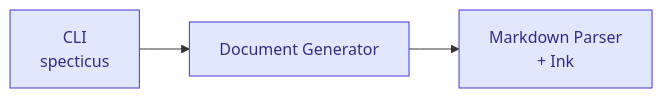
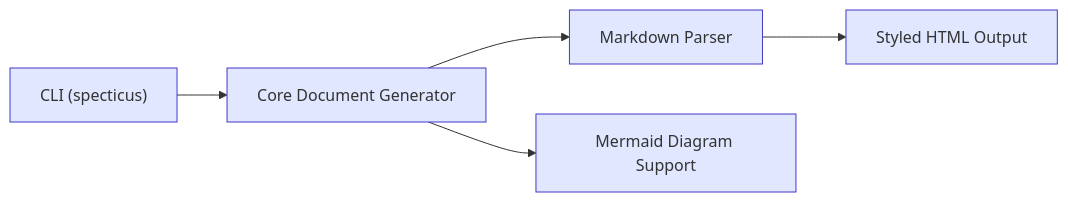
The diagram in Sources/specticus/Resources/Skeleton/diagrams/component-diagram.mmd (jacobmbarnard/specticus), drawn with Mermaid before and after one commit. The commit also changed 36 other files, not shown here.

First line of the commit message:
feat: improve init templates with richer Markdown sections + Mermaid diagrams (issue #16)

```diff
--- a/Sources/specticus/Resources/Skeleton/diagrams/component-diagram.mmd
+++ b/Sources/specticus/Resources/Skeleton/diagrams/component-diagram.mmd
@@ -1,9 +1,10 @@
-%% Mermaid diagram (component level)
-%% https://mermaid.js.org
+%% Mermaid Component Diagram for {{PROJECT_NAME}}
 
 flowchart LR
-    CLI[CLI<br/>specticus] --> DocGen[Document Generator]
-    DocGen --> Markdown[Markdown Parser<br/>+ Ink]
+    CLI["CLI (specticus)"] --> Core[Core Document Generator]
+    Core --> Parser[Markdown Parser]
+    Core --> Mermaid[Mermaid Diagram Support]
+    Parser --> Output[Styled HTML Output]
 
-    classDef component fill:#e0e7ff,stroke:#4338ca,color:#312e81
-    class CLI,DocGen,Markdown component
+    classDef component fill:#e0e7ff,stroke:#4338ca
+    class CLI,Core,Parser,Mermaid,Output component
```
